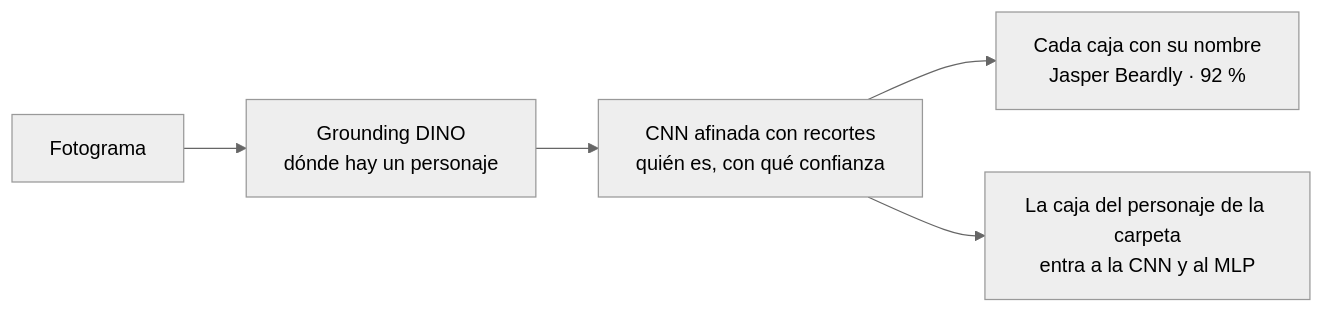
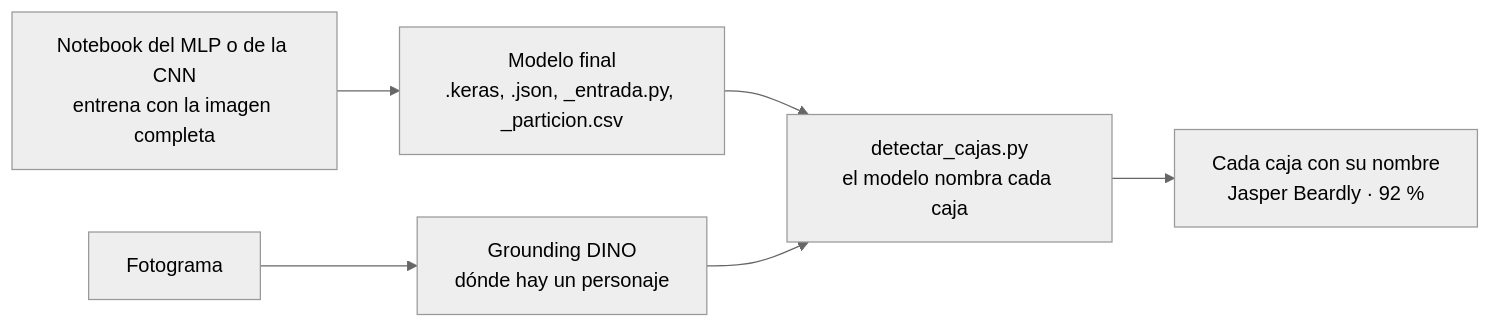
Before and after one commit to ByFlopp/LosSimpsons_DeepLearning: the first of 5 diagrams in README.md, drawn with Mermaid (neutral theme). The commit also changed other lines of this file and 225 other files, not shown here.

````diff
--- a/README.md
+++ b/README.md
@@ -33,7 +41,8 @@
 ```mermaid
 flowchart LR
-    A["Fotograma"] --> B["Grounding DINO<br/>dónde hay un personaje"]
-    B --> C["CNN afinada con recortes<br/>quién es, con qué confianza"]
-    C --> D["Cada caja con su nombre<br/>Jasper Beardly · 92 %"]
-    C --> E["La caja del personaje de la carpeta<br/>entra a la CNN y al MLP"]
+    N["Notebook del MLP o de la CNN<br/>entrena con la imagen completa"] --> M["Modelo final<br/>.keras, .json, _entrada.py, _particion.csv"]
+    F["Fotograma"] --> G["Grounding DINO<br/>dónde hay un personaje"]
+    M --> S["detectar_cajas.py<br/>el modelo nombra cada caja"]
+    G --> S
+    S --> E["Cada caja con su nombre<br/>Jasper Beardly · 92 %"]
 ```
````
